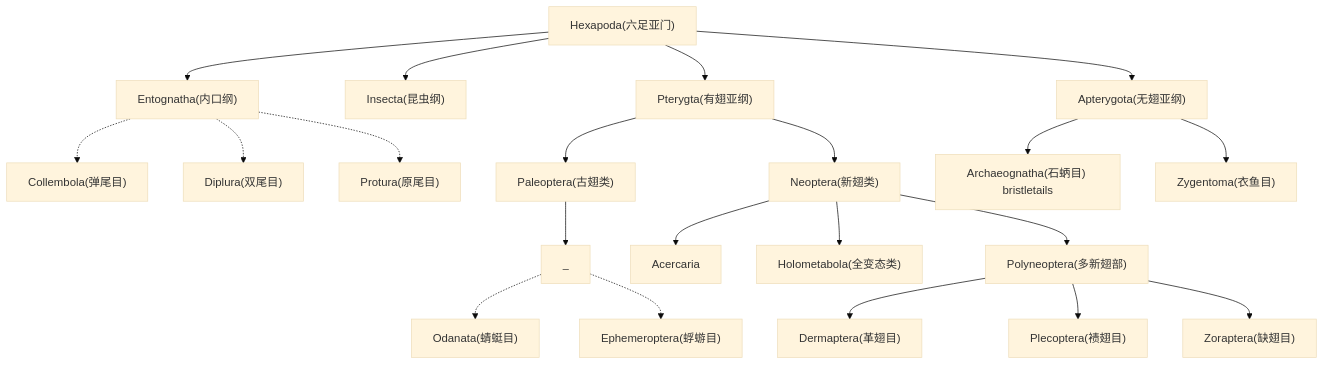
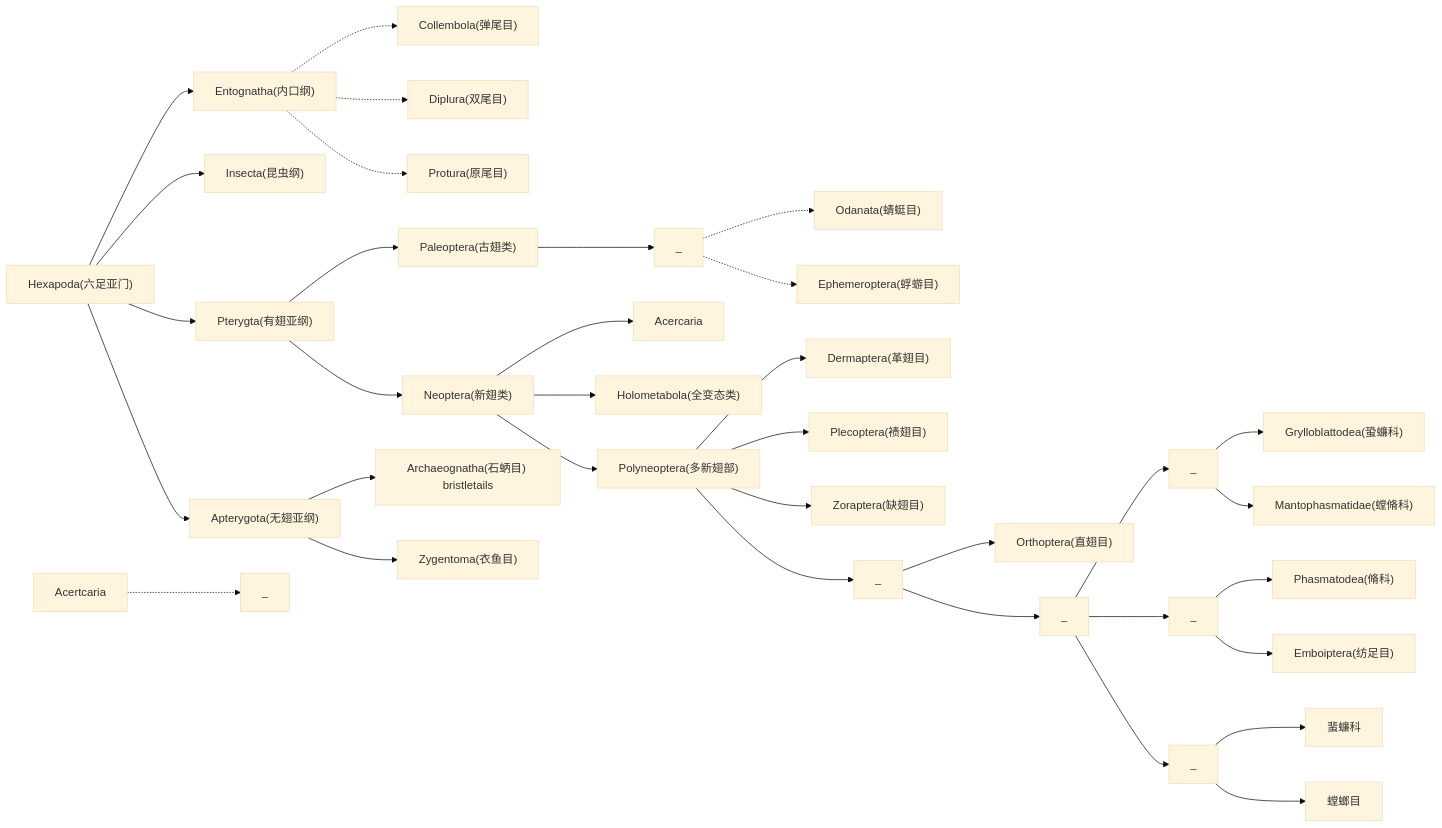
One commit to threecifanggen/gotcha-hz-biodiversity changed the diagram in content/概念与知识/昆虫的演化.md. Above: the diagram before and after it, drawn with Mermaid (base theme).

Commit message:
add pages

````diff
--- a/content/概念与知识/昆虫的演化.md
+++ b/content/概念与知识/昆虫的演化.md
@@ -11,28 +11,42 @@
 ```mermaid
-graph TD
+graph LR
 	Hexapoda["Hexapoda(六足亚门)"]
 	Hexapoda --> Entognatha["Entognatha(内口纲)"]
 	Entognatha -.-> Collembola["Collembola(弹尾目)"]
 	Entognatha -.-> Diplura["Diplura(双尾目)"]
 	Entognatha -.-> Protura["Protura(原尾目)"]
 	Hexapoda --> Insecta["Insecta(昆虫纲)"]
 	Hexapoda --> Apterygota["Apterygota(无翅亚纲)"]
 	Hexapoda --> Pterygta["Pterygta(有翅亚纲)"]
 	Pterygta --> Paleoptera["Paleoptera(古翅类)"]
 	Pterygta --> Neoptera["Neoptera(新翅类)"]
 	Neoptera --> Polyneoptera["Polyneoptera(多新翅部)"]
 	Neoptera --> Acercaria["Acercaria"]
 	Neoptera --> Holometabola["Holometabola(全变态类)"]
 
 	Apterygota --> Archaeognatha["Archaeognatha(石蛃目) bristletails"]
 	Apterygota --> Zygentoma["Zygentoma(衣鱼目)"]
 
 	Paleoptera --> A["_"]
 	A -.-> Odonata["Odanata(蜻蜓目)"]
 	A -.-> Ephemeroptera["Ephemeroptera(蜉蝣目)"]
 
 	Polyneoptera --> Dermaptera["Dermaptera(革翅目)"]
 	Polyneoptera --> Plecoptera["Plecoptera(𫌀翅目)"]
 	Polyneoptera --> Zoraptera["Zoraptera(缺翅目)"]
 
+	Polyneoptera --> B["_"]
+		B --> Orthoptera["Orthoptera(直翅目)"]
+		B --> B1["_"]
+			B1 --> B11["_"]
+				B11 --> Grylloblattodea["Grylloblattodea(蛩蠊科)"]
+				B11 --> Mantophasmatodea["Mantophasmatidae(螳脩科)"]
+			B1 --> B12["_"]
+				B12 --> Phasmatodea["Phasmatodea(脩科)"]
+				B12 --> Emboiptera["Emboiptera(纺足目)"]
+			B1 --> B13["_"]
+				B13 --> Blattodea["蜚蠊科"]
+				B13 --> Mantodea["螳螂目"]
+	Acertcaria -.-> C["_"]
+	
 ```
````
